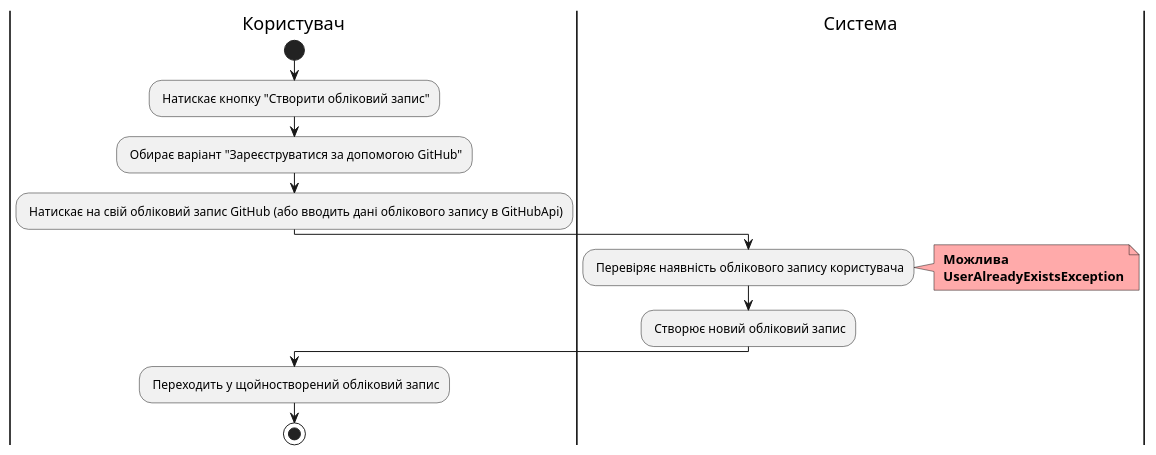
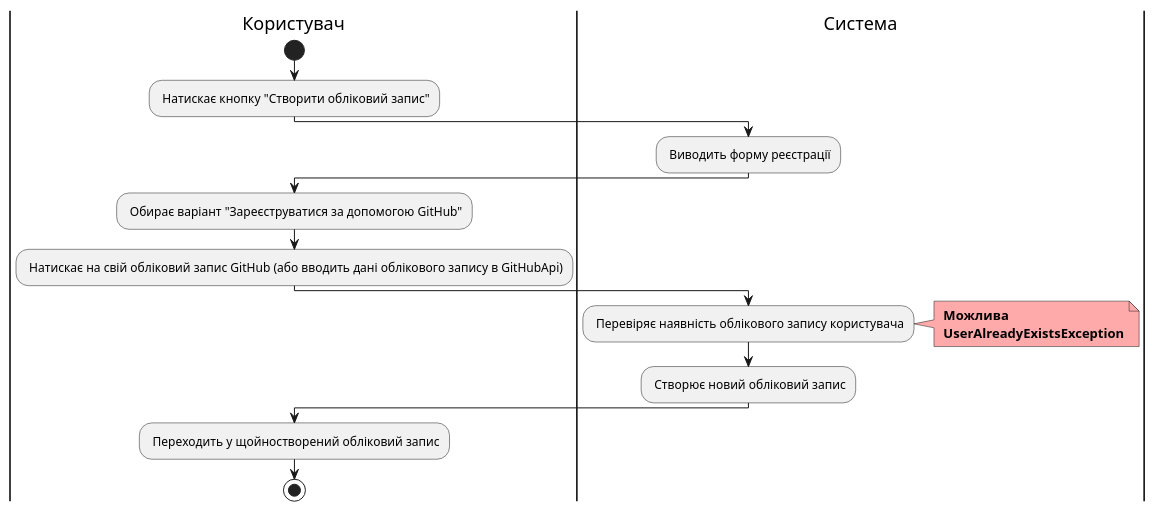
The fifth of 10 diagrams in docs/use cases/README.md (witchkaa/databases-course-work), drawn with PlantUML before and after one commit. The commit also changed other lines of this file, not shown here.

```diff
--- a/docs/use cases/README.md
+++ b/docs/use cases/README.md
@@ -210,22 +215,27 @@
 @startuml
 
     |Користувач|
     start;
     : Натискає кнопку "Створити обліковий запис";
+
+     |Система|
+        : Виводить форму реєстрації;
+
+    |Користувач|
     : Обирає варіант "Зареєструватися за допомогою GitHub";
     : Натискає на свій обліковий запис GitHub (або вводить дані облікового запису в GitHubApi);
     
     |Система|
     : Перевіряє наявність облікового запису користувача;
     note right #ffaaaa
     <b> Можлива
     <b> UserAlreadyExistsException
     end note
     
     : Створює новий обліковий запис;
     
     |Користувач|
     : Переходить у щойностворений обліковий запис;
     stop;
 
 @enduml
```
